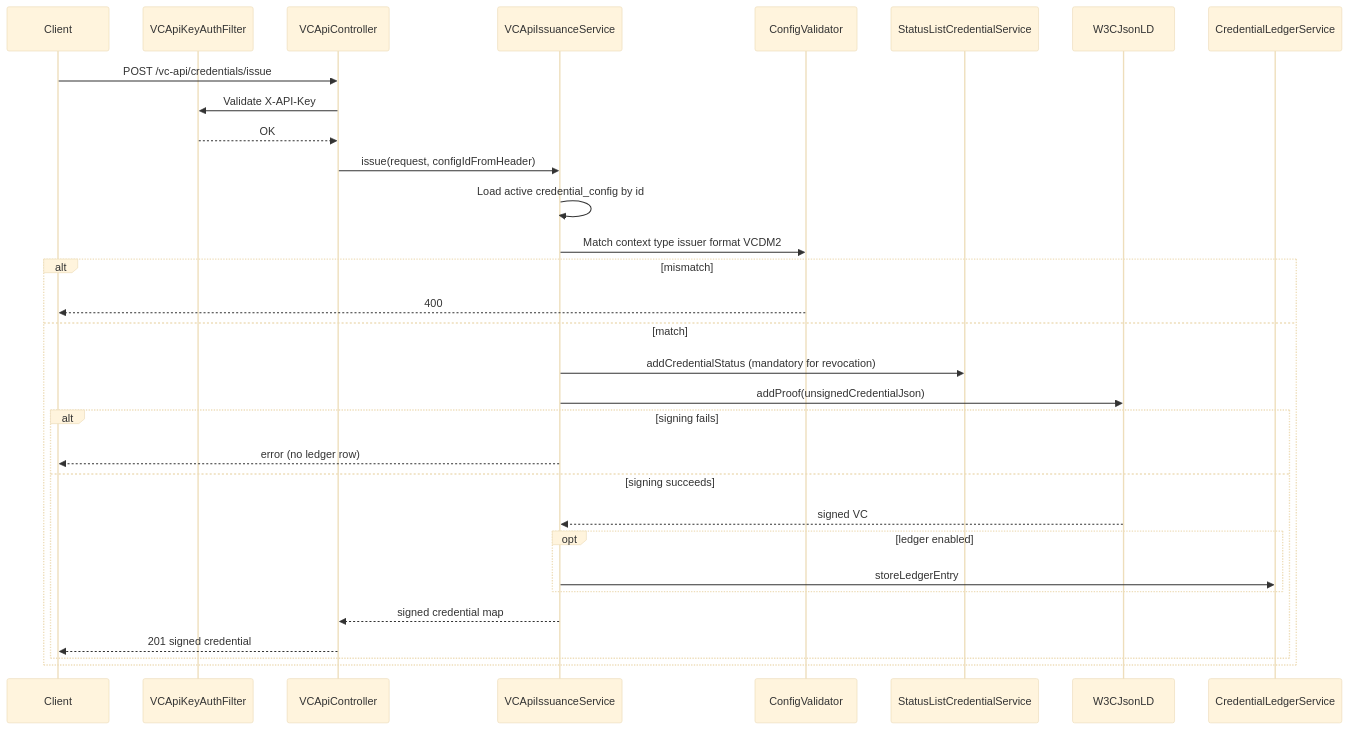
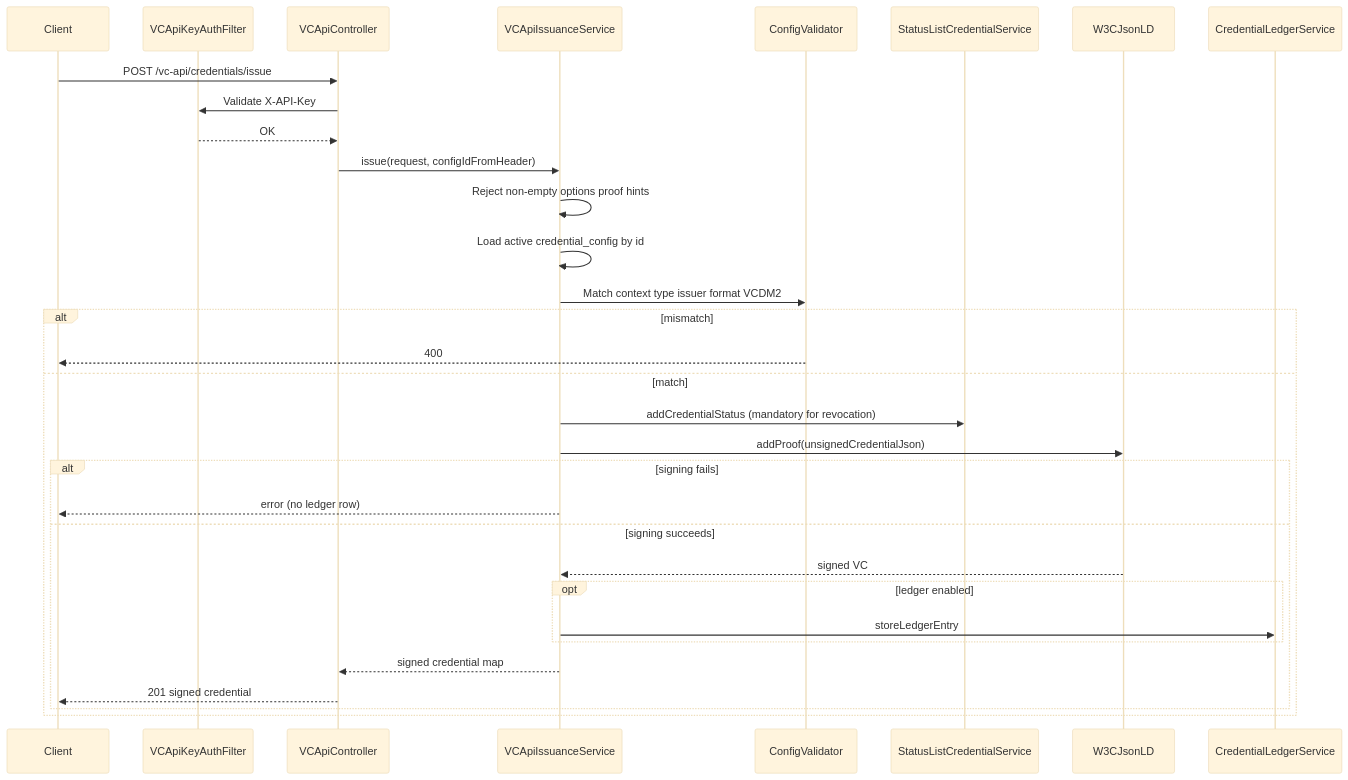
Before and after one commit to ooru-digital/inji-certify: the second of 2 diagrams in docs/W3C-VC-API-Support.md, drawn with Mermaid (base theme). The commit also changed other lines of this file and 14 other files, not shown here.

````diff
--- a/docs/W3C-VC-API-Support.md
+++ b/docs/W3C-VC-API-Support.md
@@ -224,34 +225,35 @@
 ```mermaid
 sequenceDiagram
     participant C as Client
     participant F as VCApiKeyAuthFilter
     participant Ctrl as VCApiController
     participant Svc as VCApiIssuanceService
     participant Val as ConfigValidator
     participant ST as StatusListCredentialService
     participant CF as W3CJsonLD
     participant LD as CredentialLedgerService
 
     C->>Ctrl: POST /vc-api/credentials/issue
     Ctrl->>F: Validate X-API-Key
     F-->>Ctrl: OK
     Ctrl->>Svc: issue(request, configIdFromHeader)
+    Svc->>Svc: Reject non-empty options proof hints
     Svc->>Svc: Load active credential_config by id
     Svc->>Val: Match context type issuer format VCDM2
     alt mismatch
         Val-->>C: 400
     else match
         Svc->>ST: addCredentialStatus (mandatory for revocation)
         Svc->>CF: addProof(unsignedCredentialJson)
         alt signing fails
             Svc-->>C: error (no ledger row)
         else signing succeeds
             CF-->>Svc: signed VC
             opt ledger enabled
                 Svc->>LD: storeLedgerEntry
             end
             Svc-->>Ctrl: signed credential map
             Ctrl-->>C: 201 signed credential
         end
     end
 ```
````
